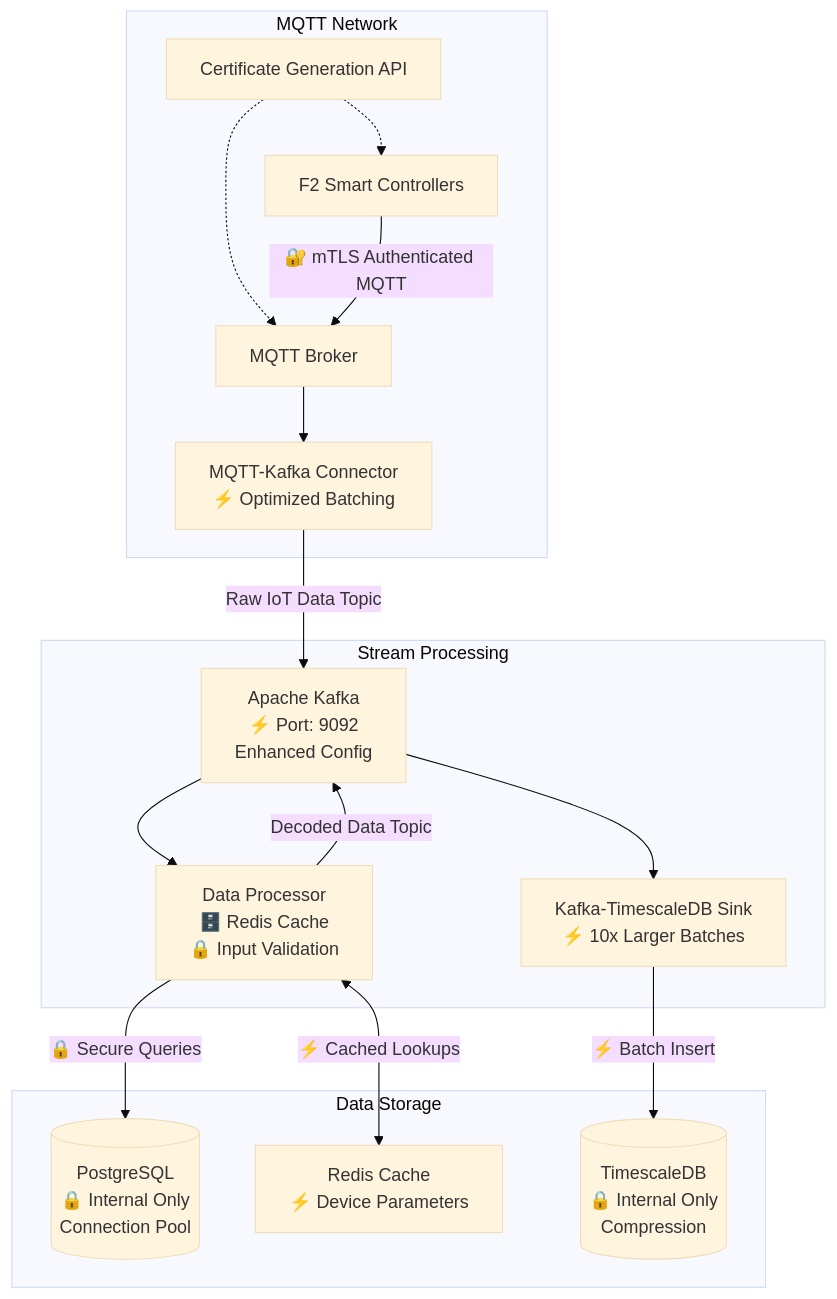
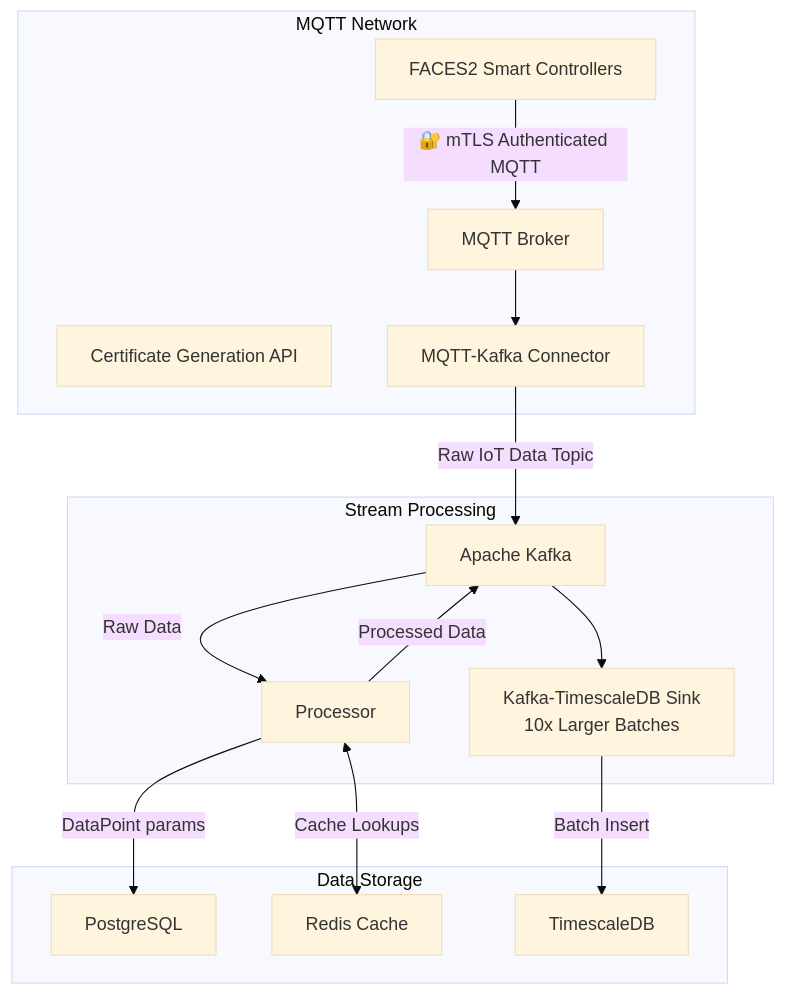
Before and after one commit to amoyavt/POC_MQTT: the diagram in README.md, drawn with Mermaid (base theme). The commit also changed other lines of this file and 1 other file, not shown here.

Commit message:
docs: Update project documentation to reflect architecture changes and improve clarity on components and data flow

````diff
--- a/README.md
+++ b/README.md
@@ -29,38 +29,31 @@
 ```mermaid
 graph TB
     subgraph "MQTT Network"
-        A[F2 Smart Controllers]
-        B[MQTT Broker]
-        C[MQTT-Kafka Connector<br/>⚡ Optimized Batching]
         CA_API[Certificate Generation API]
-
+        FACES2[FACES2 Smart Controllers]
+        MQTT_BROKER[MQTT Broker]
+        KAFKA_CONNECTOR[MQTT-Kafka Connector]
     end
     
     subgraph "Stream Processing"
-        D[Apache Kafka<br/>⚡ Port: 9092<br/>Enhanced Config]
-        E[Data Processor<br/>🗄️ Redis Cache<br/>🔒 Input Validation]
-        F[Kafka-TimescaleDB Sink<br/>⚡ 10x Larger Batches]
+        KAFKA[Apache Kafka]
+        PROCESSOR[Processor]
+        TIMESCALEDB_SINK[Kafka-TimescaleDB Sink<br/> 10x Larger Batches]
     end
     
     subgraph "Data Storage"
-        G[(PostgreSQL<br/>🔒 Internal Only<br/>Connection Pool)]
-        R[Redis Cache<br/>⚡ Device Parameters]
-        H[(TimescaleDB<br/>🔒 Internal Only<br/>Compression)]
+        PostgreSQL[PostgreSQL]
+        REDIS[Redis Cache]
+        TIMESCALEDB[TimescaleDB]
     end
 
-
-    CA_API -.-> A
-    CA_API -.-> B
-    A -->|🔐 mTLS Authenticated MQTT| B
-    B --> C
-    C -->|Raw IoT Data Topic| D
-    D --> E
-    E <-->|⚡ Cached Lookups| R
-    E -->|🔒 Secure Queries| G
-    E -->|Decoded Data Topic| D
-    D --> F
-    F -->|⚡ Batch Insert| H
+    FACES2 -->|🔐 mTLS Authenticated MQTT| MQTT_BROKER
+    MQTT_BROKER --> KAFKA_CONNECTOR    
+    KAFKA_CONNECTOR -->|Raw IoT Data Topic| KAFKA
+    KAFKA --> |Raw Data|PROCESSOR
+    PROCESSOR --> |Processed Data| KAFKA
+    PROCESSOR -->|DataPoint params| PostgreSQL
+    PROCESSOR <-->|Cache Lookups| REDIS
+    KAFKA --> TIMESCALEDB_SINK --> |Batch Insert| TIMESCALEDB
     
-    class A,B,E,G,H security
-    class C,D,F,R performance
 ```
````
